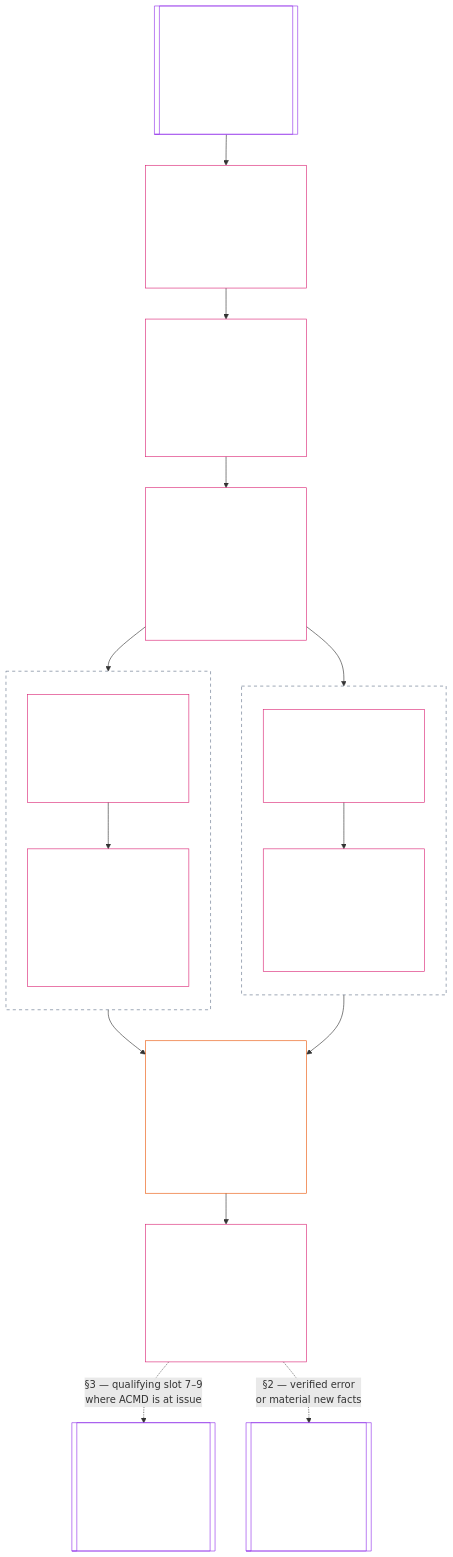
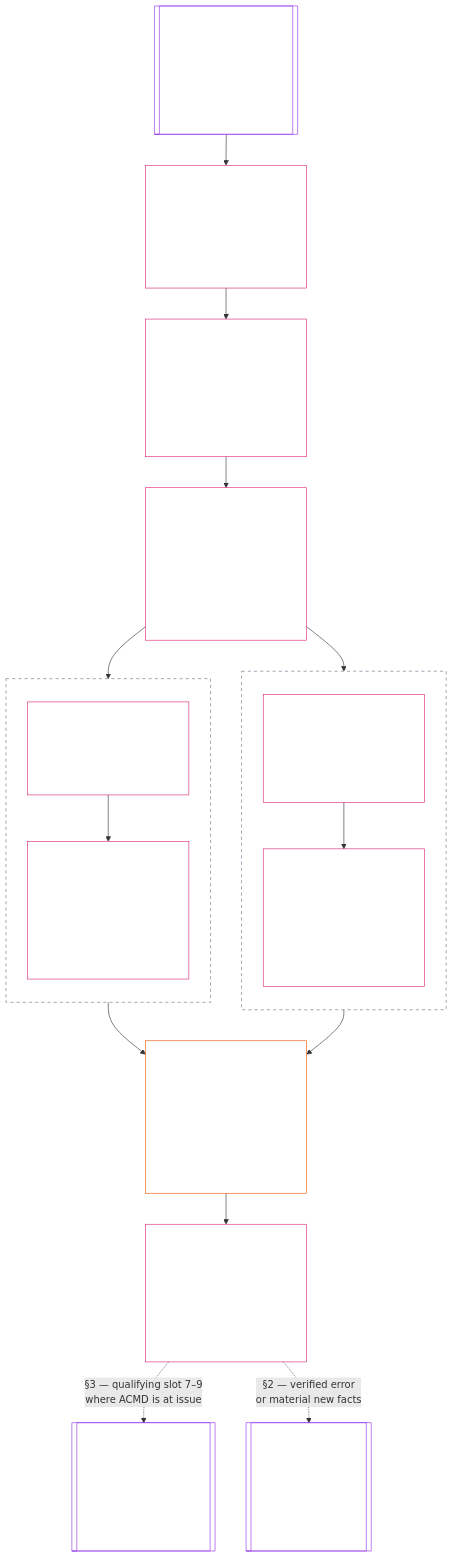
Before and after one commit to kfoelsch/Sentient_Constitution: the diagram in core_13.000_standing_integration.md, drawn with Mermaid. The commit also changed other lines of this file and 94 other files, not shown here.

First line of the commit message:
restructure: split Chapter Thirteen into Parts A-D with contribution before violation (moves 490-491)

````diff
--- a/core_13.000_standing_integration.md
+++ b/core_13.000_standing_integration.md
@@ -61,47 +60,47 @@
 ```mermaid
 flowchart TB
     I[["Chapters Eleven and Twelve<br/><br/>Outside this chapter<br/><br/>Verified standing records and slots<br/>(Questions 1 and 2)"]]
     S2["§2 Chapter Eleven records do not change<br/><br/>Use only the standing records that apply<br/>Contribution and violation stay separate"]
     S3["§3 Automatic integration, review, and continuity<br/><br/>An integration record follows automatically<br/>The decision order is fixed"]
     S4["§4 Descriptor integration and attachment normalization<br/><br/>Shared descriptors and attachments are normalized<br/>Neither slot changes"]
-    subgraph V["Violation track: decided first"]
+    subgraph C["Contribution track"]
         direction TB
-        S5["§5 Violation, correction, and prevention<br/><br/>Remedy and correction,<br/>then general standing locks"]
-        S6["§6 Lock design and enforcement<br/><br/>Definition, proportionality,<br/>special violation rules,<br/>special locks, and<br/>interim holds"]
-        S5 --> S6
+        S51["§5.1 Recency and currentness<br/><br/>How current the verified<br/>contribution still is"]
+        S52["§5.2 Competency bars and clearances<br/><br/>A lock controls:<br/>never opens a blocked<br/>gated pathway<br/>Never offsets a verified<br/>harm or cancels a lock"]
+        S51 --> S52
     end
-    subgraph C["Contribution track: decided second"]
+    subgraph V["Violation track"]
         direction TB
-        S71["§7.1 Recency and currentness<br/><br/>How current the verified<br/>contribution still is"]
-        S72["§7.2 Competency bars and clearances<br/><br/>Only for gated pathways<br/>that no lock blocks<br/>Never offsets a verified<br/>harm or cancels a lock"]
-        S71 --> S72
+        S6["§6 Violation, correction, and prevention<br/><br/>Remedy and correction,<br/>then general standing locks"]
+        S7["§7 Lock design and enforcement<br/><br/>Definition, proportionality,<br/>special violation rules,<br/>special locks, and<br/>interim holds"]
+        S6 --> S7
     end
     S8["§8 Final standing effect<br/><br/>One effect for each applicable gated pathway:<br/>open, open with safeguards, limited,<br/>blocked, restoration-only, or no effect"]
     S9["§9–§10 After the effect is stated<br/><br/>§9 Restoration and reassessment<br/>§10 Enforcement realism and remedy systems"]
     X14[["Chapter Fourteen<br/><br/>Outside this chapter<br/><br/>Decides only the anti-constitutional-misconduct<br/>designation (ACMD)"]]
     X15[["Chapter Fifteen<br/><br/>Outside this chapter<br/><br/>Forum supervision<br/>Set aside, update,<br/>correct, or supersede<br/>a standing record"]]
     I --> S2
     S2 --> S3
     S3 --> S4
+    S4 --> C
     S4 --> V
-    S4 --> C
+    C --> S8
     V --> S8
-    C --> S8
     S8 --> S9
     S9 -.->|"§3 — qualifying slot 7–9<br/>where ACMD is at issue"| X14
     S9 -.->|"§2 — verified error<br/>or material new facts"| X15
     style I fill:none,stroke:#9333ea,color:#ffffff
     style X14 fill:none,stroke:#9333ea,color:#ffffff
     style X15 fill:none,stroke:#9333ea,color:#ffffff
     style S2 fill:none,stroke:#db2777,color:#ffffff
     style S3 fill:none,stroke:#db2777,color:#ffffff
     style S4 fill:none,stroke:#db2777,color:#ffffff
-    style S5 fill:none,stroke:#db2777,color:#ffffff
     style S6 fill:none,stroke:#db2777,color:#ffffff
-    style S71 fill:none,stroke:#db2777,color:#ffffff
-    style S72 fill:none,stroke:#db2777,color:#ffffff
+    style S7 fill:none,stroke:#db2777,color:#ffffff
+    style S51 fill:none,stroke:#db2777,color:#ffffff
+    style S52 fill:none,stroke:#db2777,color:#ffffff
     style S8 fill:none,stroke:#ea580c,color:#ffffff
     style S9 fill:none,stroke:#db2777,color:#ffffff
     style V fill:none,stroke:#64748b,color:#ffffff,stroke-dasharray: 5 5
     style C fill:none,stroke:#64748b,color:#ffffff,stroke-dasharray: 5 5
 ```
````
